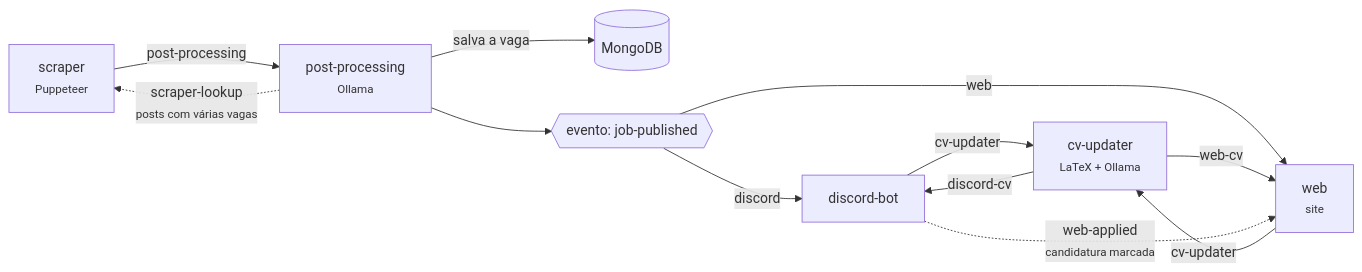
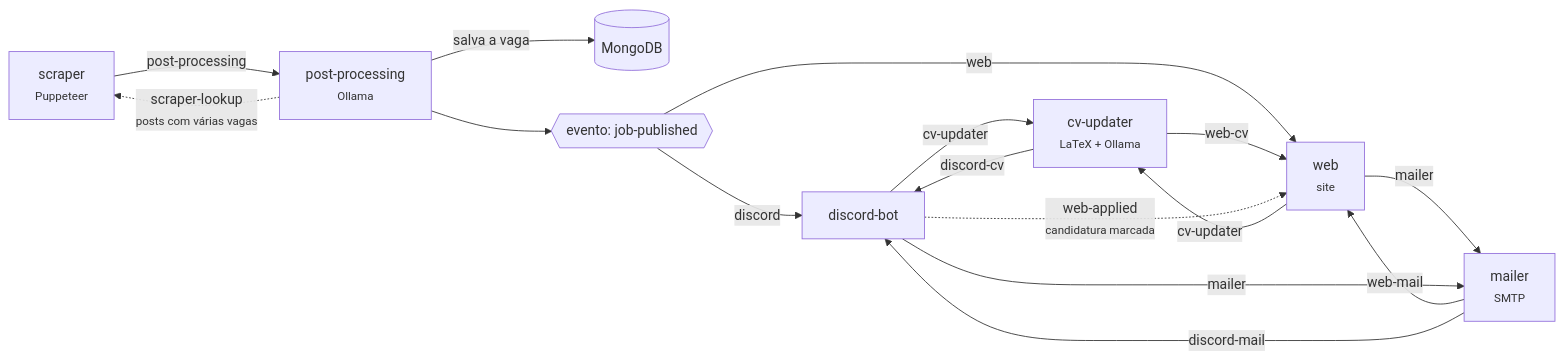
The diagram in README.md (P0sseid0n/jobs-scraper), drawn with Mermaid before and after one commit. The commit also changed other lines of this file and 72 other files, not shown here.

First line of the commit message:
Envia a candidatura por e-mail pelo site e pelo Discord (#45)

````diff
--- a/README.md
+++ b/README.md
@@ -94,14 +95,18 @@
 ```mermaid
 flowchart LR
 	scraper["scraper<br/><small>Puppeteer</small>"] -- "post-processing" --> processing["post-processing<br/><small>Ollama</small>"]
 	processing -. "scraper-lookup<br/><small>posts com várias vagas</small>" .-> scraper
 	processing -- "salva a vaga" --> db[("MongoDB")]
 	processing --> event{{"evento: job-published"}}
 	event -- "discord" --> bot["discord-bot"]
 	event -- "web" --> web["web<br/><small>site</small>"]
 	bot -- "cv-updater" --> cv["cv-updater<br/><small>LaTeX + Ollama</small>"]
 	web -- "cv-updater" --> cv
 	cv -- "discord-cv" --> bot
 	cv -- "web-cv" --> web
 	bot -. "web-applied<br/><small>candidatura marcada</small>" .-> web
+	web -- "mailer" --> mailer["mailer<br/><small>SMTP</small>"]
+	bot -- "mailer" --> mailer
+	mailer -- "web-mail" --> web
+	mailer -- "discord-mail" --> bot
 ```
````
